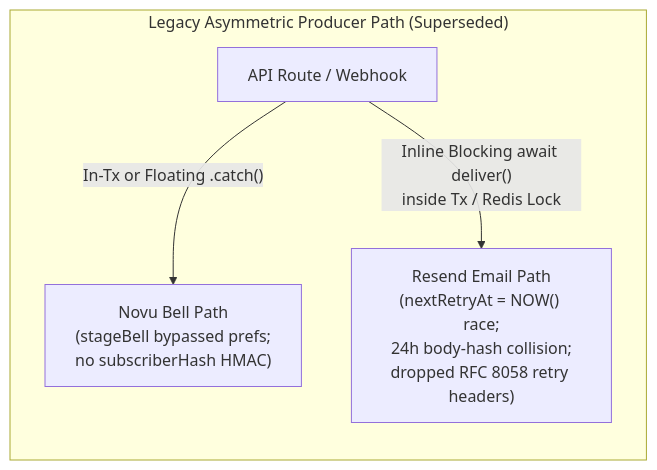
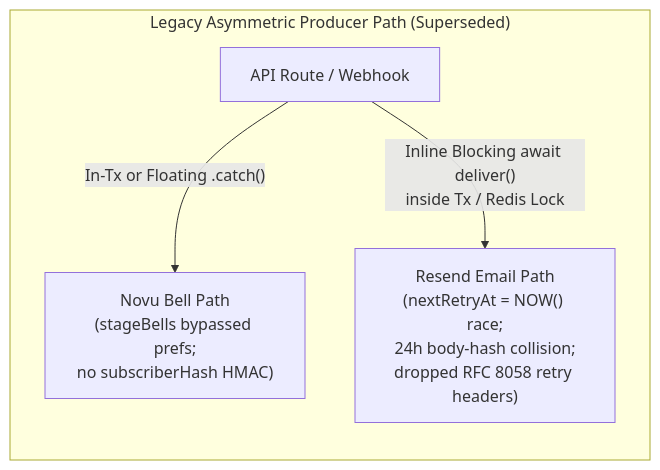
One commit to Practitionist/familiarise_web changed the fifth of 5 diagrams in docs/notifications/01-architecture.md. Above: the diagram before and after it, drawn with Mermaid. The commit also changed other lines of this file and 92 other files, not shown here.

````diff
--- a/docs/notifications/01-architecture.md
+++ b/docs/notifications/01-architecture.md
@@ -342,7 +342,7 @@
 ```mermaid
 flowchart LR
     subgraph "Legacy Asymmetric Producer Path (Superseded)"
-        P["API Route / Webhook"] -->|"In-Tx or Floating .catch()"| B["Novu Bell Path<br/>(stageBell bypassed prefs;<br/>no subscriberHash HMAC)"]
+        P["API Route / Webhook"] -->|"In-Tx or Floating .catch()"| B["Novu Bell Path<br/>(stageBells bypassed prefs;<br/>no subscriberHash HMAC)"]
         P -->|"Inline Blocking await deliver()<br/>inside Tx / Redis Lock"| E["Resend Email Path<br/>(nextRetryAt = NOW() race;<br/>24h body-hash collision;<br/>dropped RFC 8058 retry headers)"]
     end
 ```
````
